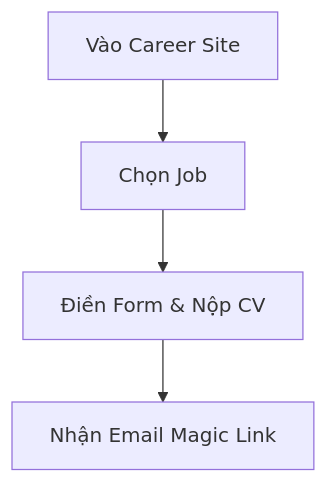
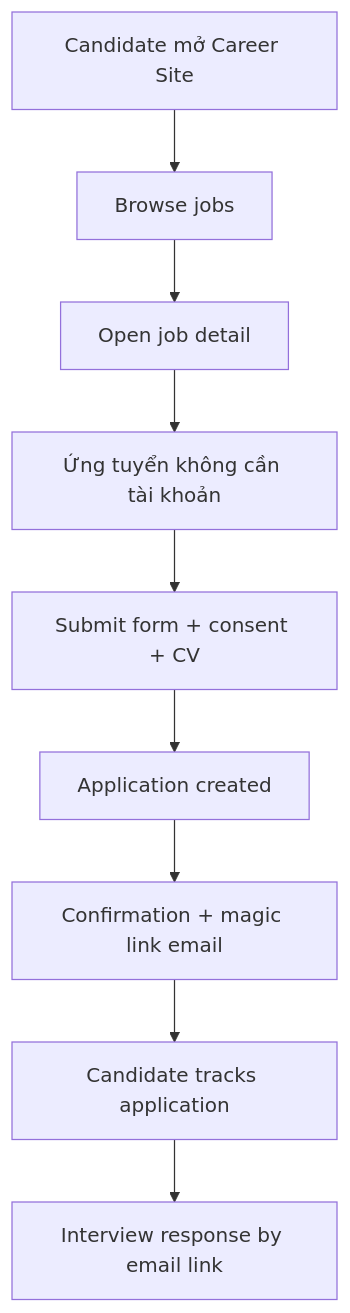
One commit to VanHaPtit/EasyTech_FE changed the diagram in nghiep_vu/epic-06_Career_Site/brief.md. Above: the diagram before and after it, drawn with Mermaid. The commit also changed other lines of this file and 227 other files, not shown here.

````diff
--- a/nghiep_vu/epic-06_Career_Site/brief.md
+++ b/nghiep_vu/epic-06_Career_Site/brief.md
@@ -12,6 +15,11 @@
 ```mermaid
 graph TD
-  A[Vào Career Site] --> B[Chọn Job]
-  B --> C[Điền Form & Nộp CV]
-  C --> D[Nhận Email Magic Link]
+  A[Candidate mở Career Site] --> B[Browse jobs]
+  B --> C[Open job detail]
+  C --> D[Ứng tuyển không cần tài khoản]
+  D --> E[Submit form + consent + CV]
+  E --> F[Application created]
+  F --> G[Confirmation + magic link email]
+  G --> H[Candidate tracks application]
+  H --> I[Interview response by email link]
 ```
````
